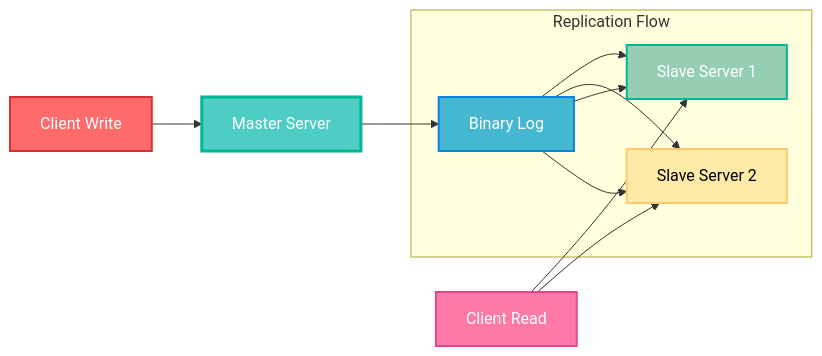
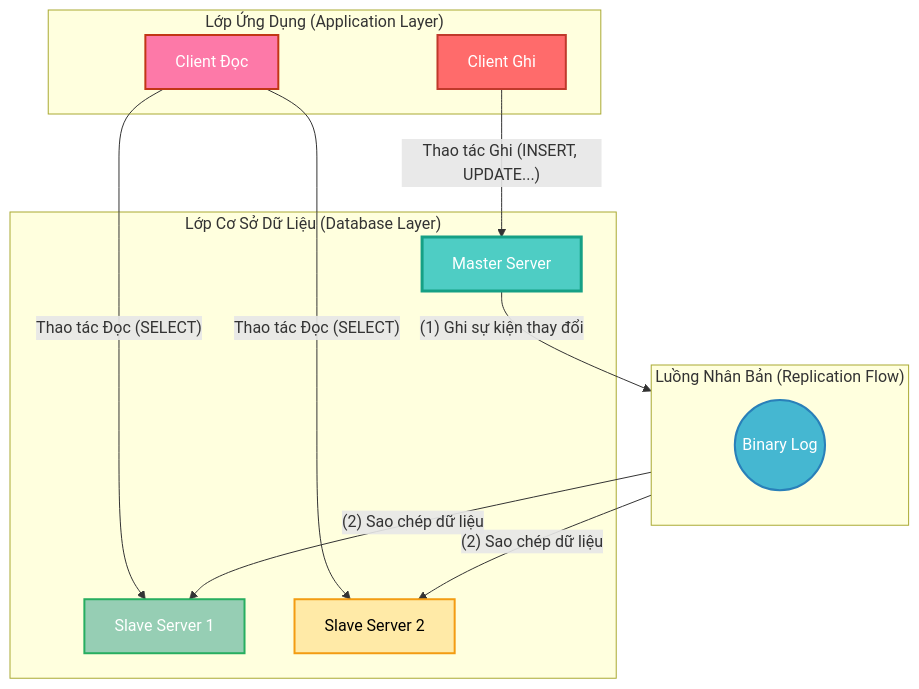
Before and after one commit to ngockhanhvd2812/DBA: the first of 8 diagrams in master_slave.md, drawn with Mermaid. The commit also changed other lines of this file, not shown here.

````diff
--- a/master_slave.md
+++ b/master_slave.md
@@ -22,22 +38,34 @@
 ```mermaid
-flowchart LR
-    A[Client Write] --> B[Master Server]
-    B --> C[Binary Log]
-    C --> D[Slave Server 1]
-    C --> E[Slave Server 2]
-    F[Client Read] --> D
-    F --> E
-    
-    subgraph "Replication Flow"
-        C --> D
-        C --> E
+graph TD
+    subgraph "Lớp Ứng Dụng (Application Layer)"
+        Client_Write[Client Ghi]
+        Client_Read[Client Đọc]
+    end
+
+    subgraph "Lớp Cơ Sở Dữ Liệu (Database Layer)"
+        Master[Master Server]
+        Slave1[Slave Server 1]
+        Slave2[Slave Server 2]
     end
     
-    %% Styling với nhiều màu
-    style A fill:#ff6b6b,stroke:#d63031,stroke-width:2px,color:#fff
-    style B fill:#4ecdc4,stroke:#00b894,stroke-width:3px,color:#fff
-    style C fill:#45b7d1,stroke:#0984e3,stroke-width:2px,color:#fff
-    style D fill:#96ceb4,stroke:#00b894,stroke-width:2px,color:#fff
-    style E fill:#ffeaa7,stroke:#fdcb6e,stroke-width:2px,color:#000
-    style F fill:#fd79a8,stroke:#e84393,stroke-width:2px,color:#fff
+    subgraph "Luồng Nhân Bản (Replication Flow)"
+        direction LR
+        BinLog((Binary Log))
+    end
+
+    Client_Write -- "Thao tác Ghi (INSERT, UPDATE...)" --> Master
+    Master -- "(1) Ghi sự kiện thay đổi" --> BinLog
+    BinLog -- "(2) Sao chép dữ liệu" --> Slave1
+    BinLog -- "(2) Sao chép dữ liệu" --> Slave2
+    
+    Client_Read -- "Thao tác Đọc (SELECT)" --> Slave1
+    Client_Read -- "Thao tác Đọc (SELECT)" --> Slave2
+
+    %% Styling
+    style Client_Write fill:#ff6b6b,stroke:#c0392b,stroke-width:2px,color:white
+    style Client_Read fill:#fd79a8,stroke:#c23616,stroke-width:2px,color:white
+    style Master fill:#4ecdc4,stroke:#16a085,stroke-width:3px,color:white
+    style BinLog fill:#45b7d1,stroke:#2980b9,stroke-width:2px,color:white
+    style Slave1 fill:#96ceb4,stroke:#27ae60,stroke-width:2px,color:white
+    style Slave2 fill:#ffeaa7,stroke:#f39c12,stroke-width:2px,color:black
 ```
````
